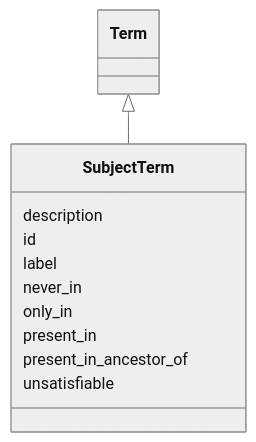
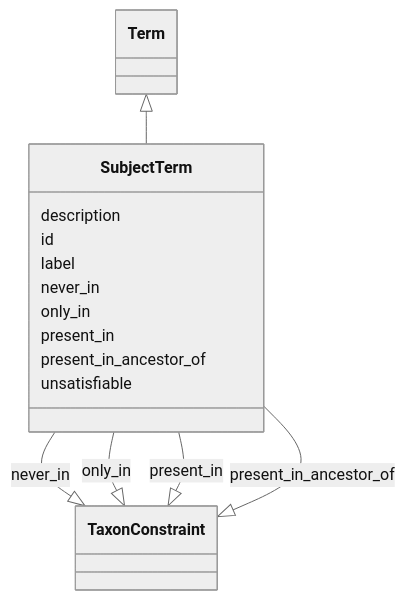
The diagram in taxon-constraints/SubjectTerm.md (cthoyt/ontology-access-kit), drawn with Mermaid (neutral theme) before and after one commit. The commit also changed other lines of this file and 3287 other files, not shown here.

````diff
--- a/taxon-constraints/SubjectTerm.md
+++ b/taxon-constraints/SubjectTerm.md
@@ -11,15 +14,31 @@
 ```{mermaid}
  classDiagram
     class SubjectTerm
       Term <|-- SubjectTerm
       
       SubjectTerm : description
+        
       SubjectTerm : id
+        
       SubjectTerm : label
+        
       SubjectTerm : never_in
+        
+          SubjectTerm --|> TaxonConstraint : never_in
+        
       SubjectTerm : only_in
+        
+          SubjectTerm --|> TaxonConstraint : only_in
+        
       SubjectTerm : present_in
+        
+          SubjectTerm --|> TaxonConstraint : present_in
+        
       SubjectTerm : present_in_ancestor_of
+        
+          SubjectTerm --|> TaxonConstraint : present_in_ancestor_of
+        
       SubjectTerm : unsatisfiable
+        
       
 ```
````
